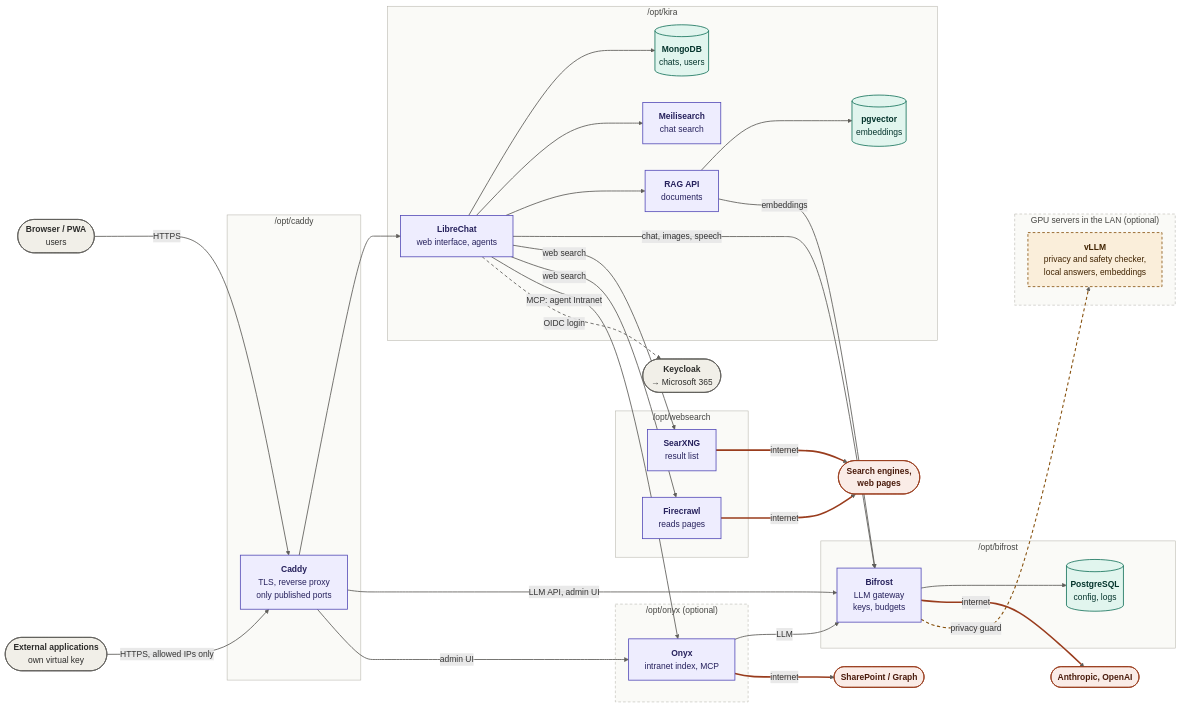
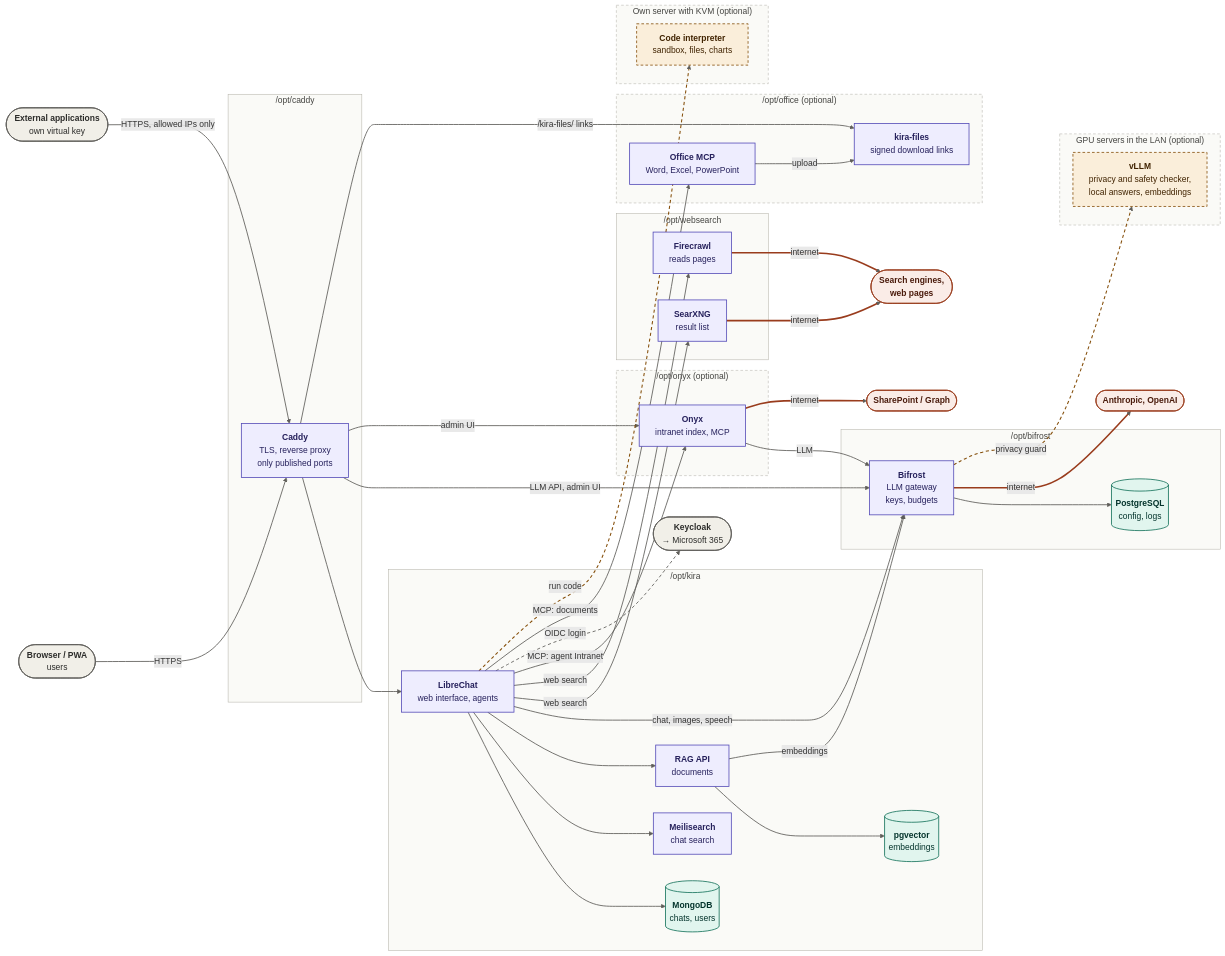
One commit to mrprohl/KIRA changed the diagram in kira/docs/architecture.mmd. Above: the diagram before and after it, drawn with Mermaid. The commit also changed 30 other files, not shown here.

First line of the commit message:
Office documents and code interpreter

```diff
--- a/kira/docs/architecture.mmd
+++ b/kira/docs/architecture.mmd
@@ -1,72 +1,88 @@
 %% Source of docs/architecture.png – render: mmdc -i architecture.mmd -o architecture.png -b white -w 3600 -s 3 -c <config with "layout":"elk">
 flowchart LR
   U([<b>Browser / PWA</b><br/>users]) -->|HTTPS| C
   EXT([<b>External applications</b><br/>own virtual key]) -->|HTTPS, allowed IPs only| C
 
   subgraph caddy["/opt/caddy"]
     C[<b>Caddy</b><br/>TLS, reverse proxy<br/>only published ports]
   end
 
   subgraph kira["/opt/kira"]
     LC[<b>LibreChat</b><br/>web interface, agents]
     MO[(<b>MongoDB</b><br/>chats, users)]
     ME[<b>Meilisearch</b><br/>chat search]
     RAG[<b>RAG API</b><br/>documents]
     VDB[(<b>pgvector</b><br/>embeddings)]
   end
 
   subgraph bifrost["/opt/bifrost"]
     BF[<b>Bifrost</b><br/>LLM gateway<br/>keys, budgets]
     BDB[(<b>PostgreSQL</b><br/>config, logs)]
   end
 
   subgraph websearch["/opt/websearch"]
     SX[<b>SearXNG</b><br/>result list]
     FC[<b>Firecrawl</b><br/>reads pages]
   end
 
   subgraph onyx["/opt/onyx (optional)"]
     OX[<b>Onyx</b><br/>intranet index, MCP]
   end
 
+  subgraph office["/opt/office (optional)"]
+    OM[<b>Office MCP</b><br/>Word, Excel, PowerPoint]
+    OF[<b>kira-files</b><br/>signed download links]
+  end
+
+  subgraph code["Own server with KVM (optional)"]
+    CI[<b>Code interpreter</b><br/>sandbox, files, charts]
+  end
+
   subgraph gpu["GPU servers in the LAN (optional)"]
     VL[<b>vLLM</b><br/>privacy and safety checker,<br/>local answers, embeddings]
   end
 
   C --> LC
   C -->|LLM API, admin UI| BF
   C -->|admin UI| OX
   LC --> MO & ME & RAG
   RAG --> VDB
   LC -->|chat, images, speech| BF
   RAG -->|embeddings| BF
   LC -->|web search| SX & FC
   LC -->|MCP: agent Intranet| OX
   OX -->|LLM| BF
   BF --> BDB
   LC -.->|OIDC login| KC([<b>Keycloak</b><br/>→ Microsoft 365])
   BF ==>|internet| AI([<b>Anthropic, OpenAI</b>])
   SX & FC ==>|internet| WEB([<b>Search engines,<br/>web pages</b>])
   OX ==>|internet| SP([<b>SharePoint / Graph</b>])
   BF -.->|privacy guard| VL
+  LC -->|MCP: documents| OM
+  OM -->|upload| OF
+  C -->|/kira-files/ links| OF
+  LC -.->|run code| CI
 
   classDef ext fill:#F1EFE8,stroke:#5F5E5A,color:#2C2C2A,stroke-width:1.5px
   classDef svc fill:#EEEDFE,stroke:#534AB7,color:#26215C,stroke-width:1.5px
   classDef data fill:#E1F5EE,stroke:#0F6E56,color:#04342C,stroke-width:1.5px
   classDef net fill:#FAECE7,stroke:#993C1D,color:#4A1B0C,stroke-width:1.5px
   class U,EXT,KC ext
   class C,LC,ME,RAG,BF,SX,FC,OX svc
   class MO,VDB,BDB data
   class AI,WEB,SP net
   classDef opt fill:#FAEEDA,stroke:#854F0B,color:#412402,stroke-width:1.5px,stroke-dasharray:5 4
-  class VL opt
+  class VL,CI opt
+  class OM,OF svc
   style caddy fill:#FAFAF7,stroke:#B4B2A9,stroke-width:1px,color:#444441
   style kira fill:#FAFAF7,stroke:#B4B2A9,stroke-width:1px,color:#444441
   style bifrost fill:#FAFAF7,stroke:#B4B2A9,stroke-width:1px,color:#444441
   style websearch fill:#FAFAF7,stroke:#B4B2A9,stroke-width:1px,color:#444441
   style onyx fill:#FAFAF7,stroke:#B4B2A9,stroke-width:1px,stroke-dasharray:5 4,color:#444441
+  style office fill:#FAFAF7,stroke:#B4B2A9,stroke-width:1px,stroke-dasharray:5 4,color:#444441
+  style code fill:#FAFAF7,stroke:#B4B2A9,stroke-width:1px,stroke-dasharray:5 4,color:#444441
   style gpu fill:#FAFAF7,stroke:#B4B2A9,stroke-width:1px,stroke-dasharray:5 4,color:#444441
   linkStyle default stroke:#5F5E5A,stroke-width:1.6px
   linkStyle 17,18,19,20 stroke:#993C1D,stroke-width:3px
   linkStyle 16 stroke:#5F5E5A,stroke-width:1.6px,stroke-dasharray:6 5
-  linkStyle 21 stroke:#854F0B,stroke-width:2px,stroke-dasharray:6 5
+  linkStyle 21,25 stroke:#854F0B,stroke-width:2px,stroke-dasharray:6 5
```
